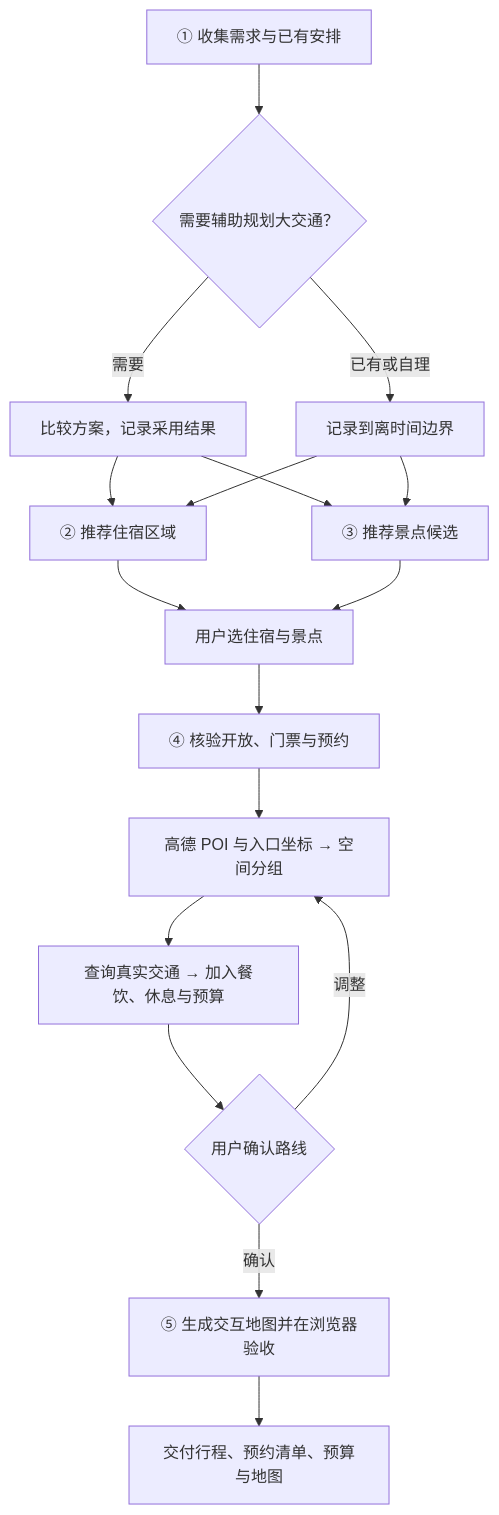
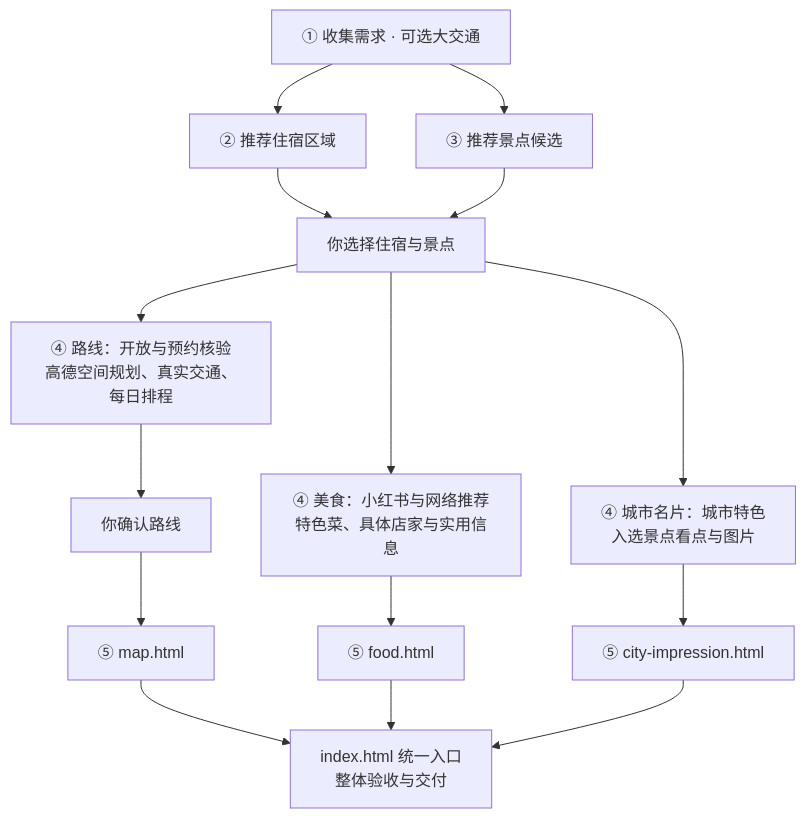
The diagram in README.zh-CN.md (megumi-ben/marco-polo.skill), drawn with Mermaid before and after one commit. The commit also changed other lines of this file and 8 other files, not shown here.

````diff
--- a/README.zh-CN.md
+++ b/README.zh-CN.md
@@ -156,19 +238,17 @@
 ```mermaid
 flowchart TD
-    A[① 收集需求与已有安排] --> B{需要辅助规划大交通？}
-    B -->|需要| C[比较方案，记录采用结果]
-    B -->|已有或自理| D[记录到离时间边界]
-    C --> E[② 推荐住宿区域]
-    D --> E
-    C --> F[③ 推荐景点候选]
-    D --> F
-    E --> G[用户选住宿与景点]
-    F --> G
-    G --> H[④ 核验开放、门票与预约]
-    H --> I[高德 POI 与入口坐标 → 空间分组]
-    I --> J[查询真实交通 → 加入餐饮、休息与预算]
-    J --> K{用户确认路线}
-    K -->|调整| I
-    K -->|确认| L[⑤ 生成交互地图并在浏览器验收]
-    L --> M[交付行程、预约清单、预算与地图]
+    A["① 收集需求 · 可选大交通"] --> B["② 推荐住宿区域"]
+    A --> C["③ 推荐景点候选"]
+    B --> D["你选择住宿与景点"]
+    C --> D
+    D --> E["④ 路线：开放与预约核验<br/>高德空间规划、真实交通、每日排程"]
+    D --> F["④ 美食：小红书与网络推荐<br/>特色菜、具体店家与实用信息"]
+    D --> G["④ 城市名片：城市特色<br/>入选景点看点与图片"]
+    E --> H["你确认路线"]
+    H --> I["⑤ map.html"]
+    F --> J["⑤ food.html"]
+    G --> K["⑤ city-impression.html"]
+    I --> L["index.html 统一入口<br/>整体验收与交付"]
+    J --> L
+    K --> L
 ```
````
